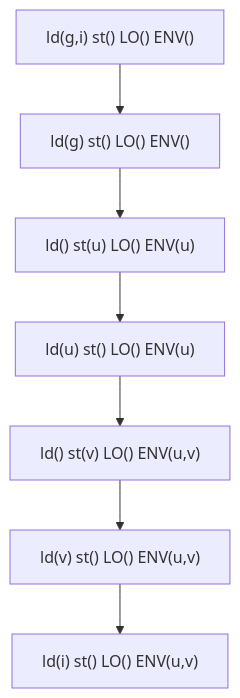
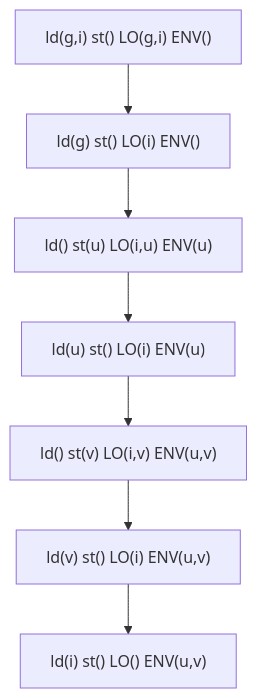
Before and after one commit to Yosshi999/ARCGolfVisualizer: the second of 6 diagrams in zlib_optimizer/graph.md, drawn with Mermaid. The commit also changed other lines of this file and 1 other file, not shown here.

````diff
--- a/zlib_optimizer/graph.md
+++ b/zlib_optimizer/graph.md
@@ -24,16 +19,16 @@
 ```mermaid
 graph TB
-  N1886106501392["ld(g,i) st() LO() ENV()"]
-  N1886106501392 --> N1886106508560
-  N1886106508560["ld(g) st() LO() ENV()"]
-  N1886106508560 --> N1886106504336
-  N1886106504336["ld() st(u) LO() ENV(u)"]
-  N1886106504336 --> N1886106504208
-  N1886106504208["ld(u) st() LO() ENV(u)"]
-  N1886106504208 --> N1886106506064
-  N1886106506064["ld() st(v) LO() ENV(u,v)"]
-  N1886106506064 --> N1886106504144
-  N1886106504144["ld(v) st() LO() ENV(u,v)"]
-  N1886106504144 --> N1886106506128
-  N1886106506128["ld(i) st() LO() ENV(u,v)"]
+  N2789306632208["ld(g,i) st() LO(g,i) ENV()"]
+  N2789306632208 --> N2789306632528
+  N2789306632528["ld(g) st() LO(i) ENV()"]
+  N2789306632528 --> N2789306635088
+  N2789306635088["ld() st(u) LO(i,u) ENV(u)"]
+  N2789306635088 --> N2789306634960
+  N2789306634960["ld(u) st() LO(i) ENV(u)"]
+  N2789306634960 --> N2789306636880
+  N2789306636880["ld() st(v) LO(i,v) ENV(u,v)"]
+  N2789306636880 --> N2789306637008
+  N2789306637008["ld(v) st() LO(i) ENV(u,v)"]
+  N2789306637008 --> N2789306632720
+  N2789306632720["ld(i) st() LO() ENV(u,v)"]
 ```
````
